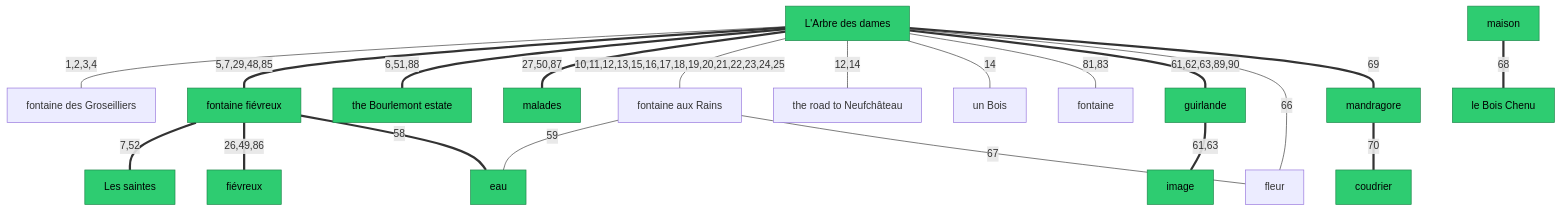
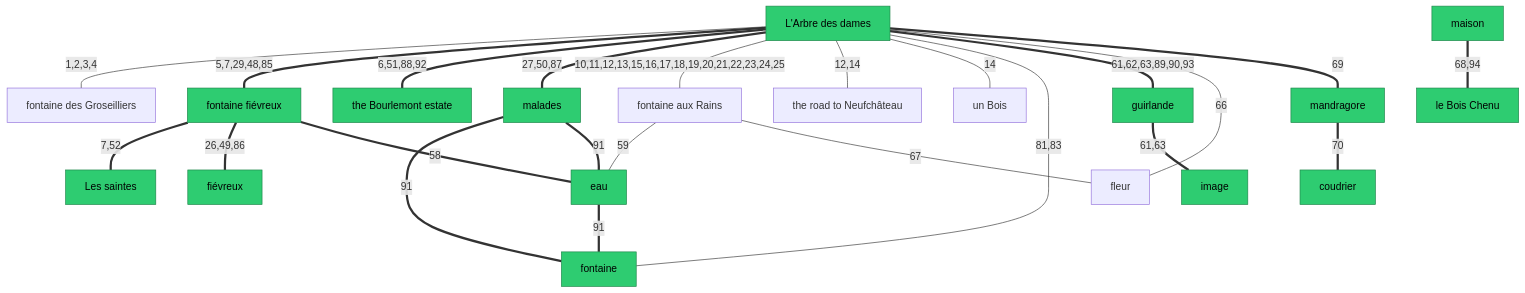
One commit to kitty-catt/the-location-of-the-arbre-des-dames-and-the-spring-of-joan-of-arc changed the diagram in README.md. Above: the diagram before and after it, drawn with Mermaid. The commit also changed 2 other files, not shown here.

Commit message:
added condamnation-24-fevrier ref

````diff
--- a/README.md
+++ b/README.md
@@ -39,46 +39,49 @@
 ```mermaid
 graph TD
     classDef jeanneSourced fill:#2ecc71,stroke:#1e8449,color:#000;
 
     N1["L'Arbre des dames"]
     N3["fontaine des Groseilliers"]
     N4["fontaine fiévreux"]
     N5["fontaine aux Rains"]
     N6["the road to Neufchâteau"]
     N7["the Bourlemont estate"]
     N8["un Bois"]
     N9["Les saintes"]
     N10["fiévreux"]
     N11["malades"]
     N19["fontaine"]
     N24["eau"]
     N26["guirlande"]
     N27["image"]
     N29["fleur"]
     N30["maison"]
     N31["mandragore"]
     N32["coudrier"]
     N36["le Bois Chenu"]
 
     N1 -- "1,2,3,4" --- N3
     N1 == "5,7,29,48,85" === N4
-    N1 == "6,51,88" === N7
+    N1 == "6,51,88,92" === N7
     N4 == "7,52" === N9
     N4 == "26,49,86" === N10
     N1 == "27,50,87" === N11
     N1 -- "10,11,12,13,15,16,17,18,19,20,21,22,23,24,25" --- N5
     N1 -- "12,14" --- N6
     N1 -- "14" --- N8
     N1 -- "81,83" --- N19
     N4 == "58" === N24
     N5 -- "59" --- N24
-    N1 == "61,62,63,89,90" === N26
+    N1 == "61,62,63,89,90,93" === N26
     N26 == "61,63" === N27
     N1 -- "66" --- N29
     N5 -- "67" --- N29
-    N30 == "68" === N36
+    N30 == "68,94" === N36
     N1 == "69" === N31
     N31 == "70" === N32
+    N11 == "91" === N19
+    N24 == "91" === N19
+    N11 == "91" === N24
 
-    class N1,N4,N7,N9,N10,N11,N24,N26,N27,N30,N31,N32,N36 jeanneSourced
+    class N1,N4,N7,N9,N10,N11,N19,N24,N26,N27,N30,N31,N32,N36 jeanneSourced
 ```
````
